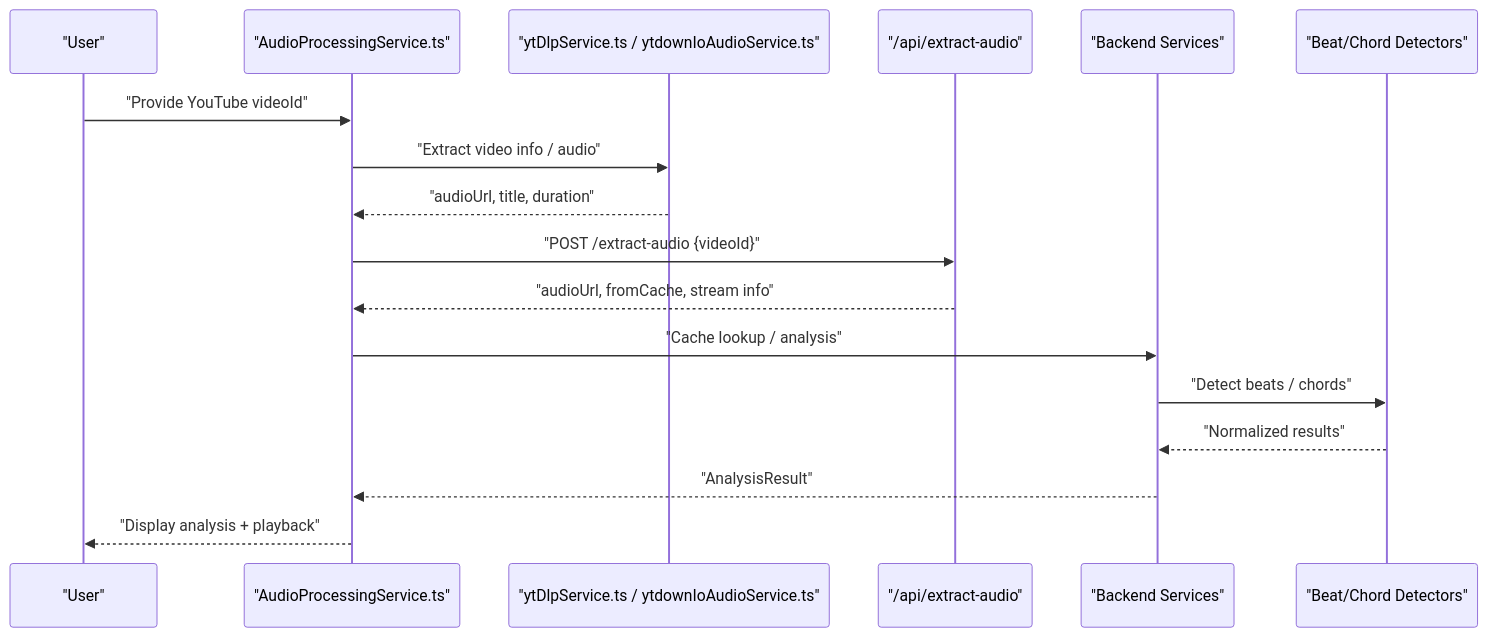
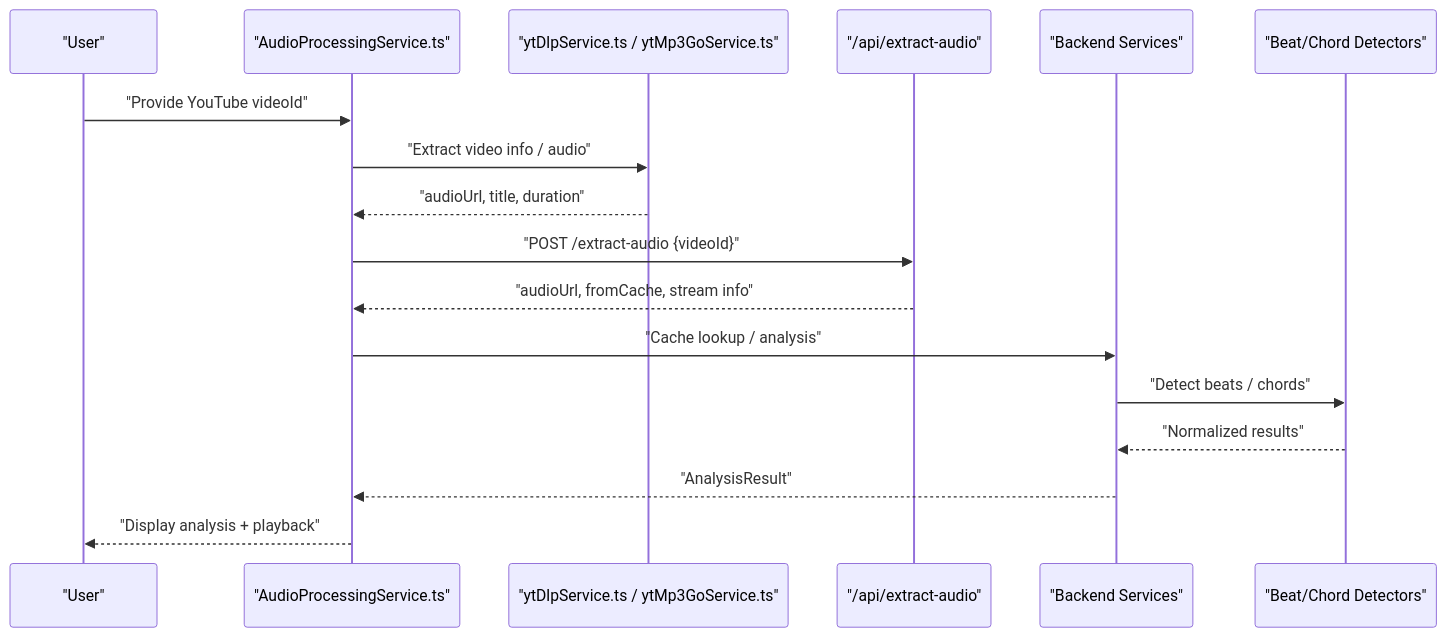
One commit to ptnghia-j/ChordMiniApp changed the second of 8 diagrams in .qoder/repowiki/en/content/Audio Processing and Analysis/Audio Processing and Analysis.md. Above: the diagram before and after it, drawn with Mermaid. The commit also changed other lines of this file and 18 other files, not shown here.

````diff
--- a/.qoder/repowiki/en/content/Audio Processing and Analysis/Audio Processing and Analysis.md
+++ b/.qoder/repowiki/en/content/Audio Processing and Analysis/Audio Processing and Analysis.md
@@ -127,19 +127,19 @@
 ```mermaid
 sequenceDiagram
 participant User as "User"
 participant FE as "AudioProcessingService.ts"
-participant YT as "ytDlpService.ts / ytdownIoAudioService.ts"
+participant YT as "ytDlpService.ts / ytMp3GoService.ts"
 participant API as "/api/extract-audio"
 participant BE as "Backend Services"
 participant ML as "Beat/Chord Detectors"
 User->>FE : "Provide YouTube videoId"
 FE->>YT : "Extract video info / audio"
 YT-->>FE : "audioUrl, title, duration"
 FE->>API : "POST /extract-audio {videoId}"
 API-->>FE : "audioUrl, fromCache, stream info"
 FE->>BE : "Cache lookup / analysis"
 BE->>ML : "Detect beats / chords"
 ML-->>BE : "Normalized results"
 BE-->>FE : "AnalysisResult"
 FE-->>User : "Display analysis + playback"
 ```
````
